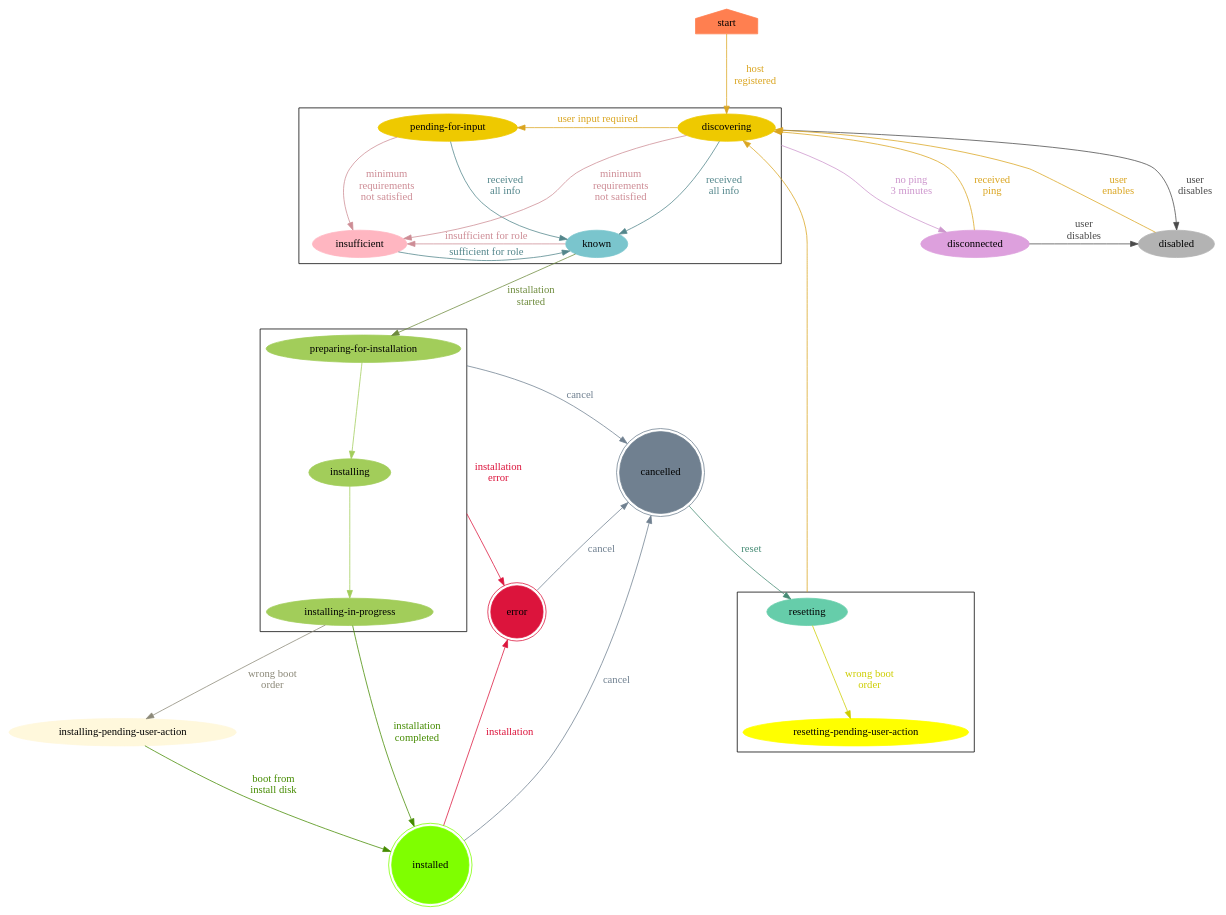
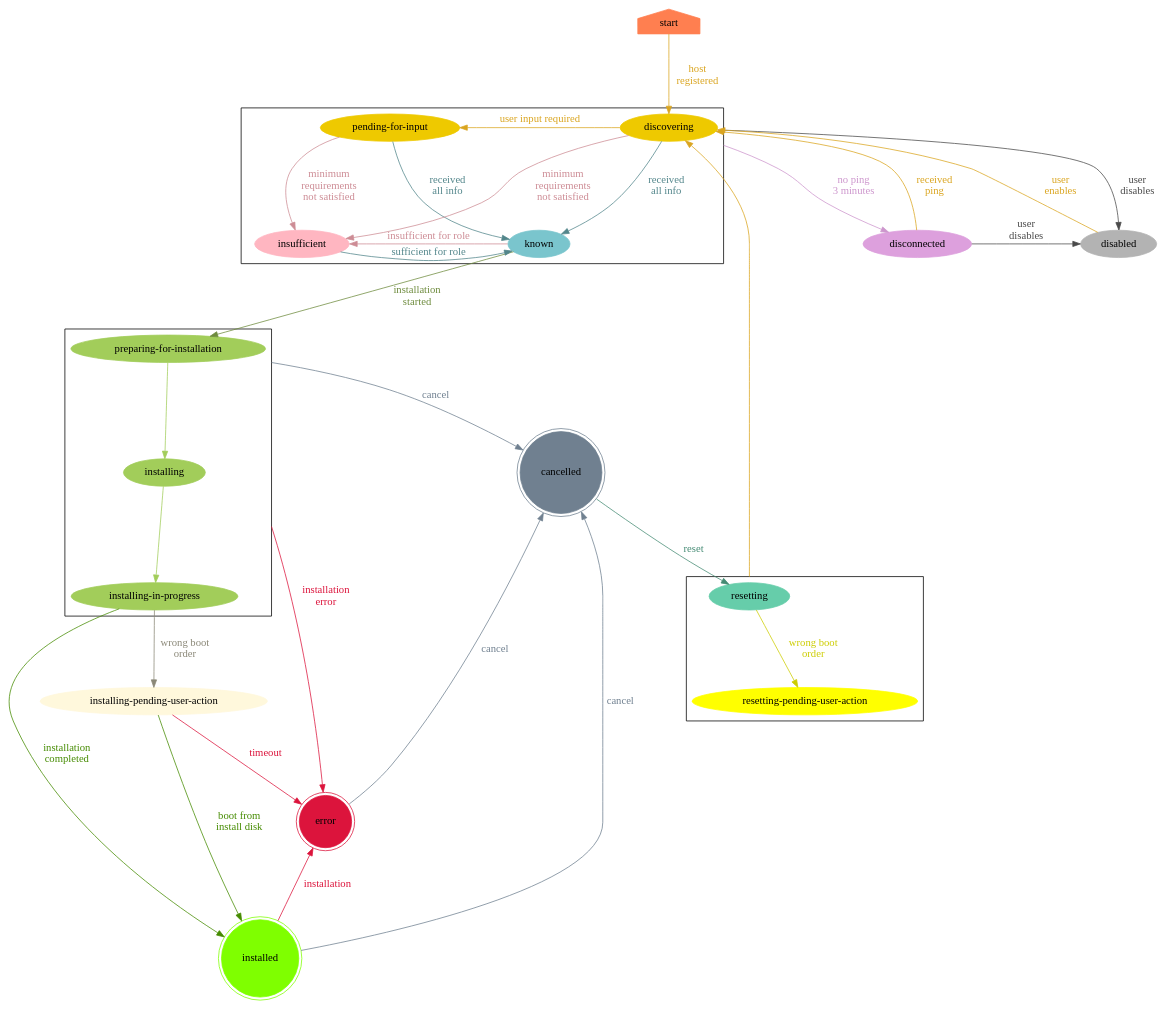
Before and after one commit to openshift/assisted-service: the diagram in docs/HostStatus.dot, drawn with Graphviz. The commit also changed 3 other files, not shown here.

Commit message:
installing-pending-user-action timeout docs update

```diff
--- a/docs/HostStatus.dot
+++ b/docs/HostStatus.dot
@@ -1,77 +1,78 @@
 digraph HostStateMachine {
     graph [nodesep = "1.0", ranksep = "1.0"];
     node [style = filled];
     compound = true;
     newrank = false;
 
     start [shape = house, color = coral];
     subgraph cluster_level1 {
         "pending-for-input" [color = gold2]
         discovering [color = gold2];
         known [color = cadetblue3];
         insufficient [color = lightpink];
     }
     disconnected [color = plum];
     disabled [color = grey70];
     subgraph cluster_level2 {
         "preparing-for-installation" [color = darkolivegreen3];
         installing [color = darkolivegreen3];
         "installing-in-progress" [color = darkolivegreen3]
     }
     "installing-pending-user-action" [color = cornsilk]
     installed [shape = doublecircle, color = chartreuse];
     error [shape = doublecircle, color = crimson];
     cancelled [shape = doublecircle, color = slategray];
     subgraph cluster_level3 {
         resetting [color = aquamarine3]
         "resetting-pending-user-action" [color = yellow]
     }
 
     start -> discovering [label = "host\nregistered", color=goldenrod, fontcolor=goldenrod];
 
     discovering -> disconnected [label = "no ping\n3 minutes", color=plum3, fontcolor=plum3, ltail = cluster_level1];
     discovering -> "pending-for-input" [label = "user input required", color=goldenrod, fontcolor=goldenrod];
     discovering -> known [label = "received\nall info", color=cadetblue4, fontcolor=cadetblue4];
     discovering -> insufficient [label = "minimum\nrequirements\nnot satisfied", color=lightpink3, fontcolor=lightpink3];
     discovering -> disabled [label = "user\ndisables", color=grey29, fontcolor=grey29, ltail = cluster_level1];
 
     "pending-for-input" -> known [label = "received\nall info", color=cadetblue4, fontcolor=cadetblue4];
     "pending-for-input" -> insufficient [label = "minimum\nrequirements\nnot satisfied", color=lightpink3, fontcolor=lightpink3];
 
     known -> "preparing-for-installation" [label = "installation\nstarted", color=darkolivegreen4, fontcolor=darkolivegreen4];
     known -> insufficient [label = "insufficient for role", color=lightpink3, fontcolor=lightpink3];
 
     disconnected -> discovering [label = "received\nping", color=goldenrod, fontcolor=goldenrod];
     disconnected -> disabled [label = "user\ndisables", color=grey29, fontcolor=grey29];
 
     disabled -> discovering [label = "user\nenables", color=goldenrod, fontcolor=goldenrod];
 
     insufficient -> known [label = "sufficient for role", color=cadetblue4, fontcolor=cadetblue4];
 
     "preparing-for-installation" -> installing [color=darkolivegreen3];
     "preparing-for-installation" -> error [label = "installation\nerror", color=crimson, fontcolor=crimson, ltail = cluster_level2];
     "preparing-for-installation" -> cancelled [label = "cancel", color=slategray, fontcolor=slategray, ltail = cluster_level2];
 
     installing -> "installing-in-progress" [color=darkolivegreen3];
 
     "installing-in-progress" -> installed [label = "installation\ncompleted", color=chartreuse4, fontcolor=chartreuse4];
     "installing-in-progress" -> "installing-pending-user-action" [label = "wrong boot\norder", color=cornsilk4, fontcolor=cornsilk4];
 
     "installing-pending-user-action" -> installed [label = "boot from\ninstall disk", color=chartreuse4, fontcolor=chartreuse4];
+    "installing-pending-user-action" -> error [label = "timeout", color=crimson, fontcolor=crimson];
 
     cancelled -> resetting [label = "reset", color=aquamarine4, fontcolor=aquamarine4];
 
     resetting -> discovering [color=goldenrod, fontcolor=goldenrod, ltail = cluster_level3];
     resetting -> "resetting-pending-user-action" [label = "wrong boot\norder", color=yellow3, fontcolor=yellow3];
  
     installed -> error [label = "installation", color=crimson, fontcolor=crimson, ltail = cluster_level2];
     installed-> cancelled [label = "cancel", color=slategray, fontcolor=slategray, ltail = cluster_level2];
 
     error -> cancelled [label = "cancel", color=slategray, fontcolor=slategray, ltail = cluster_level2];
 
     {rank=min; start}
     {rank=max; installed}
     {rank=same; disconnected; disabled}
     {rank=same; "pending-for-input"; discovering}
     {rank=same; insufficient; known}
 }
```
